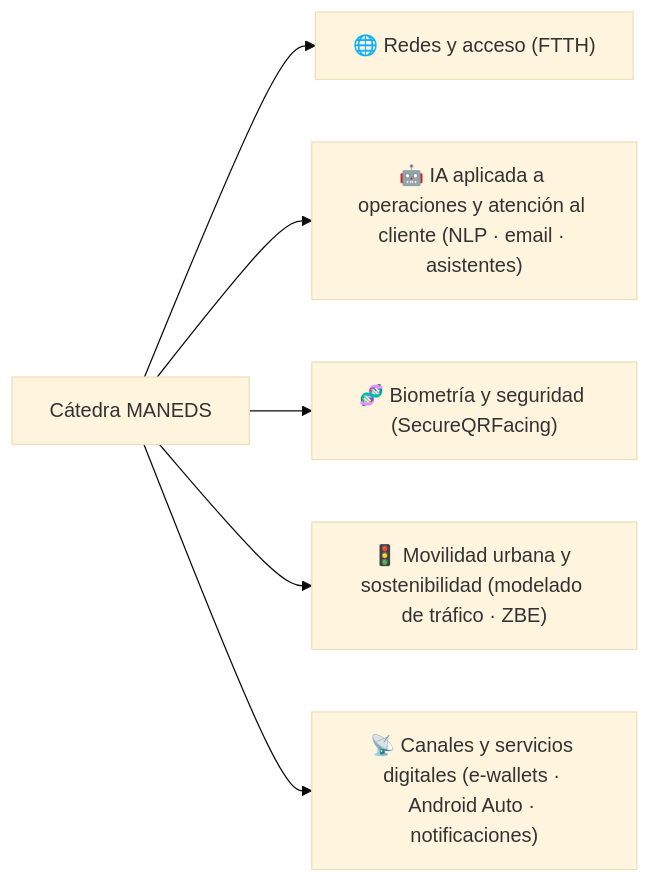
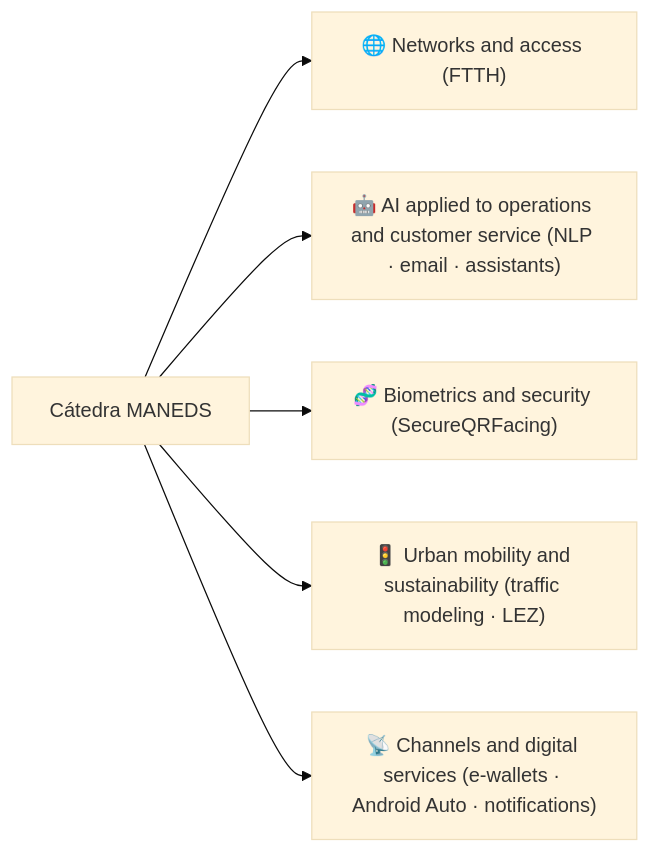
One commit to Catedra-MANEDS/.github changed the diagram in profile/README.md. Above: the diagram before and after it, drawn with Mermaid (base theme). The commit also changed other lines of this file and 1 other file, not shown here.

````diff
--- a/profile/README.md
+++ b/profile/README.md
@@ -52,8 +52,8 @@
 ```mermaid
 graph LR
-  E["Cátedra MANEDS"] --> R["🌐 Redes y acceso (FTTH)"]
-  E --> AI["🤖 IA aplicada a operaciones y atención al cliente (NLP · email · asistentes)"]
-  E --> B["🧬 Biometría y seguridad (SecureQRFacing)"]
-  E --> M["🚦 Movilidad urbana y sostenibilidad (modelado de tráfico · ZBE)"]
-  E --> C["📡 Canales y servicios digitales (e-wallets · Android Auto · notificaciones)"]
+  E["Cátedra MANEDS"] --> R["🌐 Networks and access (FTTH)"]
+  E --> AI["🤖 AI applied to operations and customer service (NLP · email · assistants)"]
+  E --> B["🧬 Biometrics and security (SecureQRFacing)"]
+  E --> M["🚦 Urban mobility and sustainability (traffic modeling · LEZ)"]
+  E --> C["📡 Channels and digital services (e-wallets · Android Auto · notifications)"]
 ```
````
